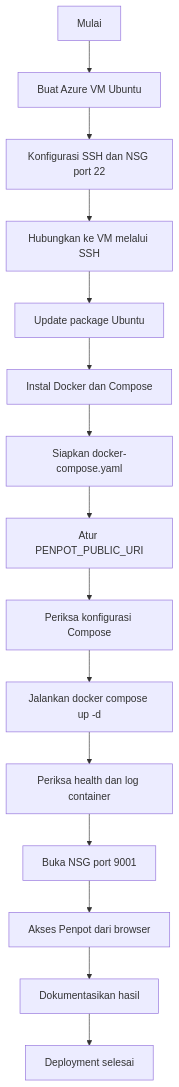
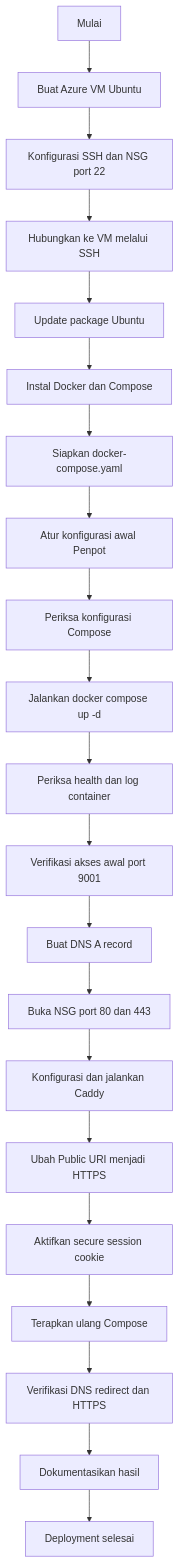
Before and after one commit to nvrzqy/penpot: the fifth of 5 diagrams in docs/report.md, drawn with Mermaid. The commit also changed other lines of this file and 4 other files, not shown here.

Commit message:
docs: document DNS Caddy and HTTPS deployment

````diff
--- a/docs/report.md
+++ b/docs/report.md
@@ -507,17 +619,23 @@
 ```mermaid
 flowchart TD
     A[Mulai] --> B[Buat Azure VM Ubuntu]
     B --> C[Konfigurasi SSH dan NSG port 22]
     C --> D[Hubungkan ke VM melalui SSH]
     D --> E[Update package Ubuntu]
     E --> F[Instal Docker dan Compose]
     F --> G[Siapkan docker-compose.yaml]
-    G --> H[Atur PENPOT_PUBLIC_URI]
+    G --> H[Atur konfigurasi awal Penpot]
     H --> I[Periksa konfigurasi Compose]
     I --> J[Jalankan docker compose up -d]
     J --> K[Periksa health dan log container]
-    K --> L[Buka NSG port 9001]
-    L --> M[Akses Penpot dari browser]
-    M --> N[Dokumentasikan hasil]
-    N --> O[Deployment selesai]
+    K --> L[Verifikasi akses awal port 9001]
+    L --> M[Buat DNS A record]
+    M --> N[Buka NSG port 80 dan 443]
+    N --> O[Konfigurasi dan jalankan Caddy]
+    O --> P[Ubah Public URI menjadi HTTPS]
+    P --> Q[Aktifkan secure session cookie]
+    Q --> R[Terapkan ulang Compose]
+    R --> S[Verifikasi DNS redirect dan HTTPS]
+    S --> T[Dokumentasikan hasil]
+    T --> U[Deployment selesai]
 ```
````
